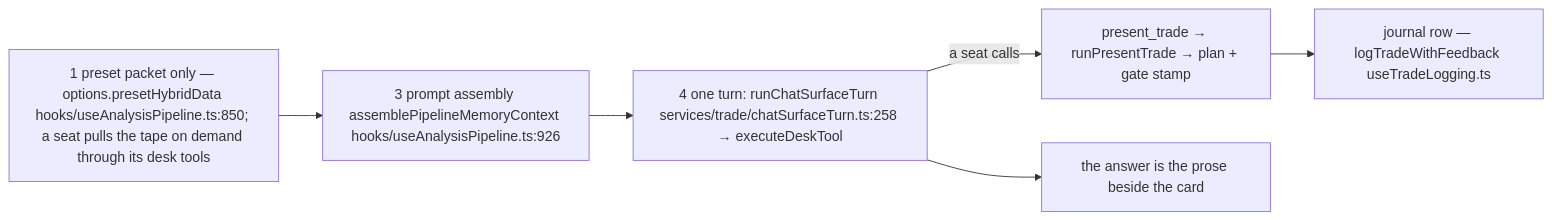
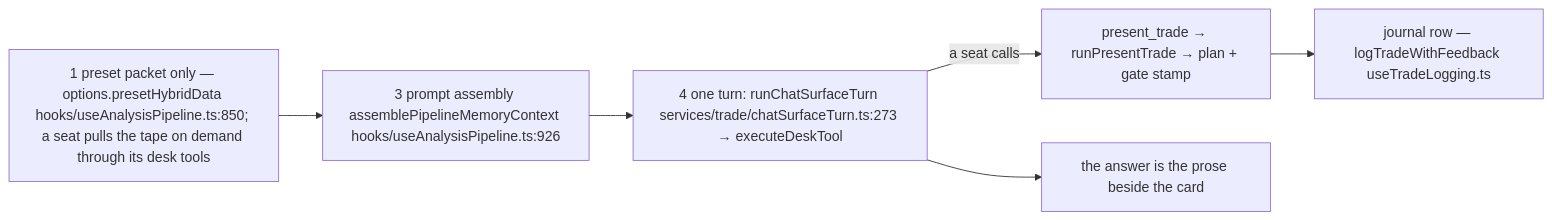
One commit to Acepay25/august-3.5 changed the third of 8 diagrams in docs/app-flow.md. Above: the diagram before and after it, drawn with Mermaid. The commit also changed other lines of this file and 2 other files, not shown here.

First line of the commit message:
docs(flow): re-anchor what the goal and self-mod passes moved, and describe both

````diff
--- a/docs/app-flow.md
+++ b/docs/app-flow.md
@@ -260,8 +260,8 @@
 ```mermaid
 flowchart LR
     S1["1 preset packet only — options.presetHybridData hooks/useAnalysisPipeline.ts:850; a seat pulls the tape on demand through its desk tools"] --> S3["3 prompt assembly assemblePipelineMemoryContext hooks/useAnalysisPipeline.ts:926"]
-    S3 --> S4["4 one turn: runChatSurfaceTurn services/trade/chatSurfaceTurn.ts:258 → executeDeskTool"]
+    S3 --> S4["4 one turn: runChatSurfaceTurn services/trade/chatSurfaceTurn.ts:273 → executeDeskTool"]
     S4 -->|a seat calls| PT["present_trade → runPresentTrade → plan + gate stamp"]
     PT --> JR["journal row — logTradeWithFeedback useTradeLogging.ts"]
     S4 --> ANS["the answer is the prose beside the card"]
 ```
````
